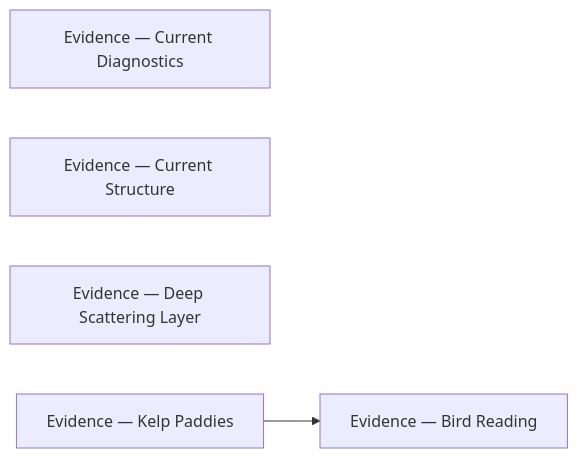
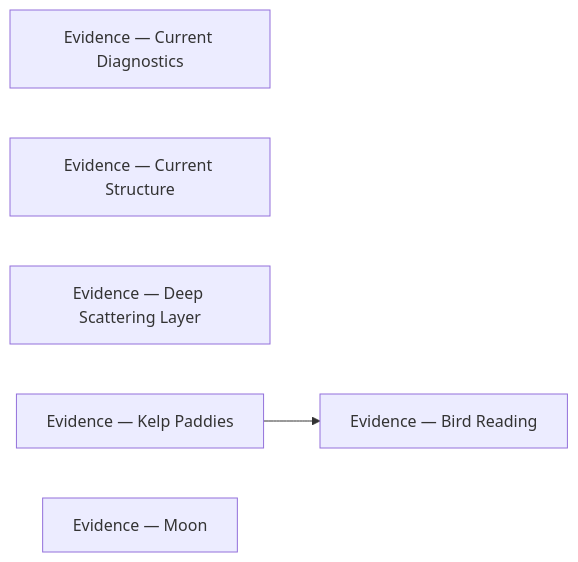
The diagram in conditions/evidence/README.md (camchuckpete-max/Socal-Fishing-Knowledge), drawn with Mermaid before and after one commit. The commit also changed other lines of this file and 7 other files, not shown here.

````diff
--- a/conditions/evidence/README.md
+++ b/conditions/evidence/README.md
@@ -18,9 +19,10 @@
 ```mermaid
 graph LR
   n0["Evidence — Bird Reading"]
   n1["Evidence — Current Diagnostics"]
   n2["Evidence — Current Structure"]
   n3["Evidence — Deep Scattering Layer"]
   n4["Evidence — Kelp Paddies"]
+  n5["Evidence — Moon"]
   n4 --> n0
 ```
````
